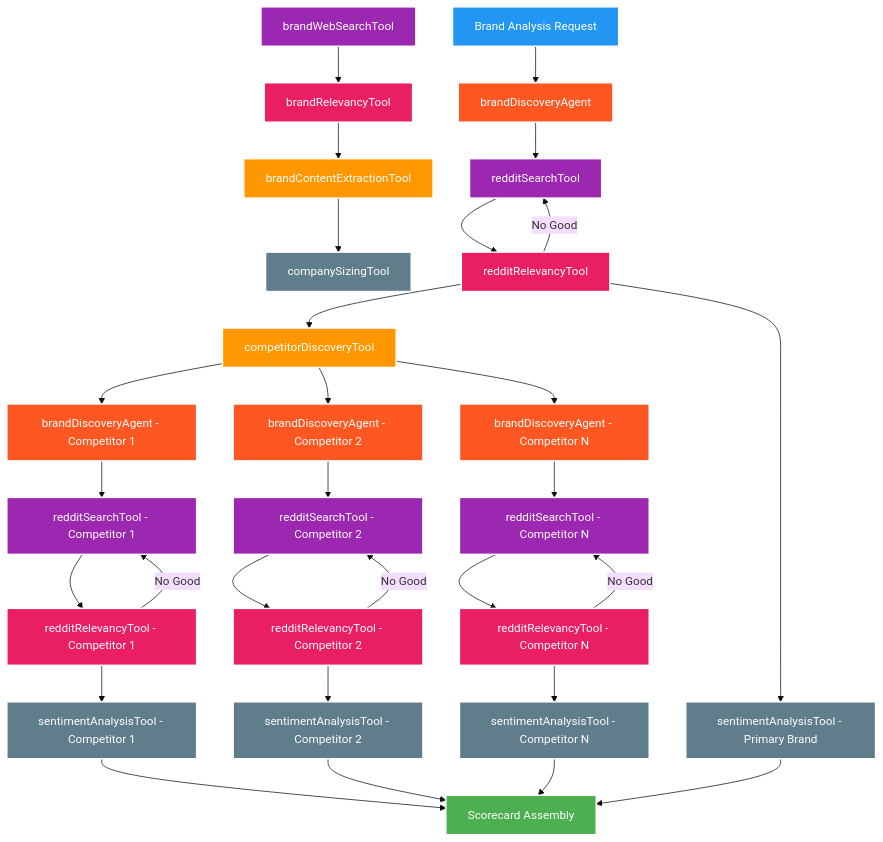
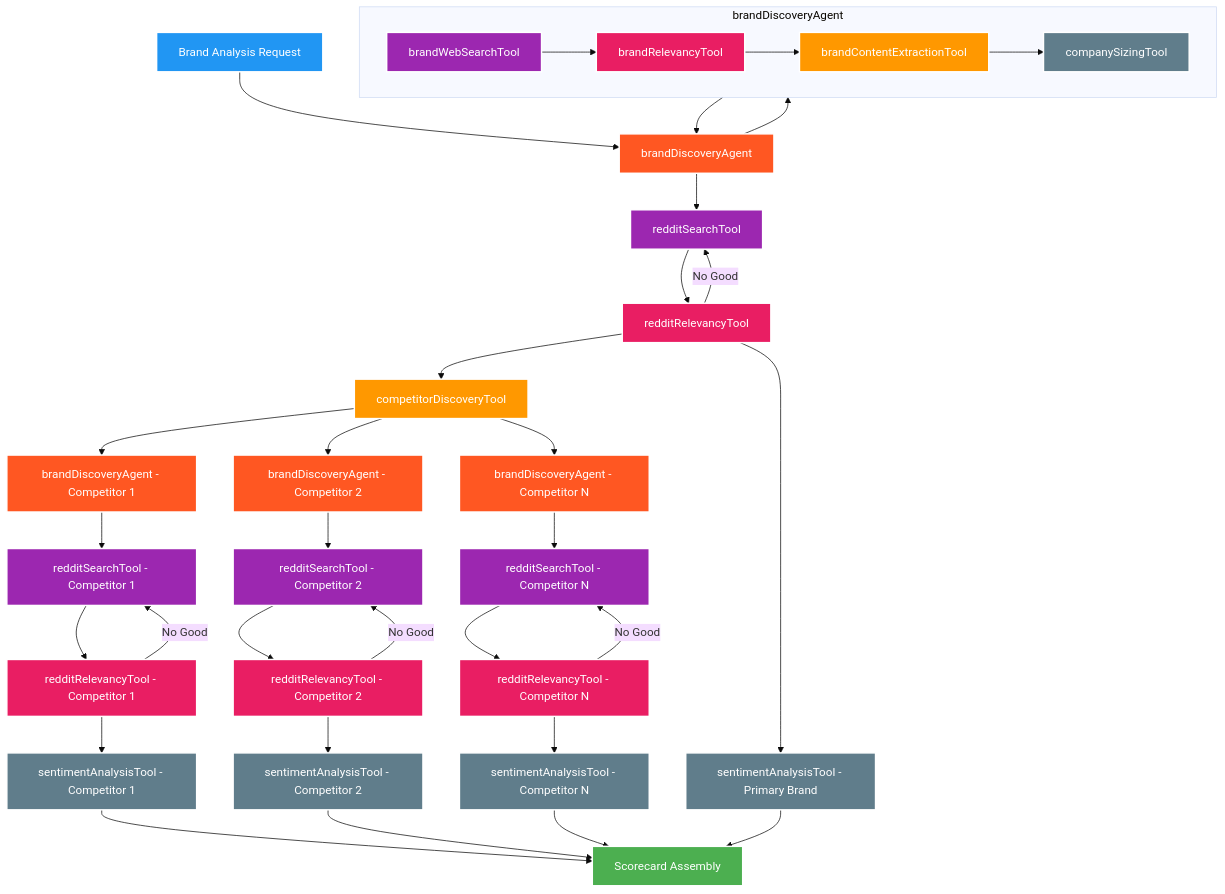
One commit to landiinii/justbuild-hackathon-reddit-scorecard changed the diagram in deep-research/README.md. Above: the diagram before and after it, drawn with Mermaid (base theme).

````diff
--- a/deep-research/README.md
+++ b/deep-research/README.md
@@ -67,70 +67,78 @@
 ```mermaid
 graph TD
     %% Main Flow
-    BWST1[brandWebSearchTool]
-    BWST1 --> BRT1[brandRelevancyTool]
-    BRT1 --> BCET1[brandContentExtractionTool]
-    BCET1 --> CST1[companySizingTool]
+
     
+    
+
+    subgraph brandDiscoveryAgent
+      BWST1[brandWebSearchTool]
+      BWST1 --> BRT1[brandRelevancyTool]
+      BRT1 --> BCET1[brandContentExtractionTool]
+      BCET1 --> CST1[companySizingTool]
+    end
+
     START[Brand Analysis Request] --> BDA1[brandDiscoveryAgent]
+    BDA1 --> brandDiscoveryAgent
+    brandDiscoveryAgent --> BDA1
     BDA1 --> RST1[redditSearchTool]
     RST1 --> RRT1[redditRelevancyTool]
     RRT1 --> CDT[competitorDiscoveryTool]
     RRT1 -->|No Good| RST1
     
     CDT --> BDA2[brandDiscoveryAgent - Competitor 1]
     CDT --> BDA3[brandDiscoveryAgent - Competitor 2]
     CDT --> BDA4[brandDiscoveryAgent - Competitor N]
     
     BDA2 --> RST2[redditSearchTool - Competitor 1]
     BDA3 --> RST3[redditSearchTool - Competitor 2]
     BDA4 --> RST4[redditSearchTool - Competitor N]
     
     RST2 --> RRT2[redditRelevancyTool - Competitor 1]
     RST3 --> RRT3[redditRelevancyTool - Competitor 2]
     RST4 --> RRT4[redditRelevancyTool - Competitor N]
 
     RRT2 -->|No Good| RST2
     RRT3 -->|No Good| RST3
     RRT4 -->|No Good| RST4
     
     RRT2 --> SAT1[sentimentAnalysisTool - Competitor 1]
     RRT3 --> SAT2[sentimentAnalysisTool - Competitor 2]
     RRT4 --> SAT3[sentimentAnalysisTool - Competitor N]
     
     RRT1 --> SAT_PRIMARY[sentimentAnalysisTool - Primary Brand]
     
     SAT1 --> SCORECARD[Scorecard Assembly]
     SAT2 --> SCORECARD
     SAT3 --> SCORECARD
     SAT_PRIMARY --> SCORECARD
     
     %% Main Flow Styling
     style START fill:#2196F3,stroke:#fff,stroke-width:2px,color:#fff
     style SCORECARD fill:#4CAF50,stroke:#fff,stroke-width:2px,color:#fff
     style BDA1 fill:#FF5722,stroke:#fff,stroke-width:2px,color:#fff
     style BDA2 fill:#FF5722,stroke:#fff,stroke-width:2px,color:#fff
     style BDA3 fill:#FF5722,stroke:#fff,stroke-width:2px,color:#fff
     style BDA4 fill:#FF5722,stroke:#fff,stroke-width:2px,color:#fff
     
     %% Primary Brand Discovery Tools Styling
     style BWST1 fill:#9C27B0,stroke:#fff,stroke-width:2px,color:#fff
     style BRT1 fill:#E91E63,stroke:#fff,stroke-width:2px,color:#fff
     style BCET1 fill:#FF9800,stroke:#fff,stroke-width:2px,color:#fff
     style CST1 fill:#607D8B,stroke:#fff,stroke-width:2px,color:#fff
     
     %% Reddit Tools Styling
     style RST1 fill:#9C27B0,stroke:#fff,stroke-width:2px,color:#fff
     style RST2 fill:#9C27B0,stroke:#fff,stroke-width:2px,color:#fff
     style RST3 fill:#9C27B0,stroke:#fff,stroke-width:2px,color:#fff
     style RST4 fill:#9C27B0,stroke:#fff,stroke-width:2px,color:#fff
     style CDT fill:#FF9800,stroke:#fff,stroke-width:2px,color:#fff
     style SAT1 fill:#607D8B,stroke:#fff,stroke-width:2px,color:#fff
     style SAT2 fill:#607D8B,stroke:#fff,stroke-width:2px,color:#fff
     style SAT3 fill:#607D8B,stroke:#fff,stroke-width:2px,color:#fff
     style SAT_PRIMARY fill:#607D8B,stroke:#fff,stroke-width:2px,color:#fff
     style RRT1 fill:#E91E63,stroke:#fff,stroke-width:2px,color:#fff
     style RRT2 fill:#E91E63,stroke:#fff,stroke-width:2px,color:#fff
     style RRT3 fill:#E91E63,stroke:#fff,stroke-width:2px,color:#fff
     style RRT4 fill:#E91E63,stroke:#fff,stroke-width:2px,color:#fff
 ```
````
